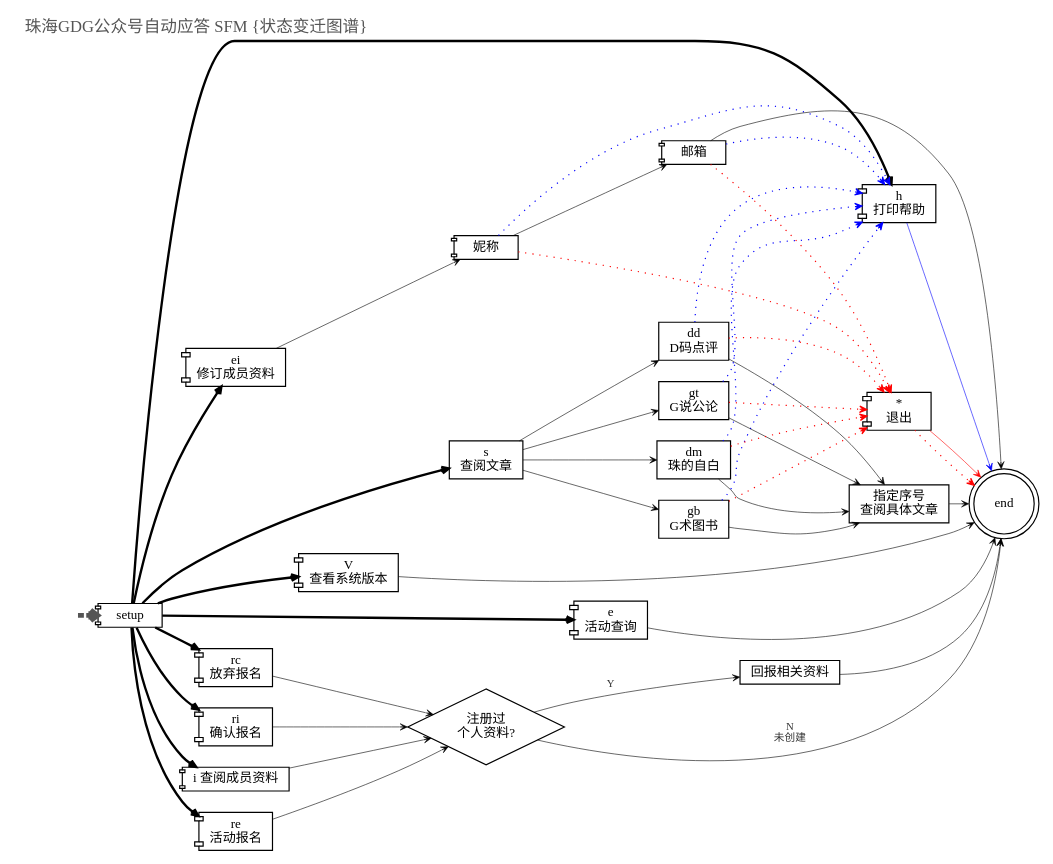
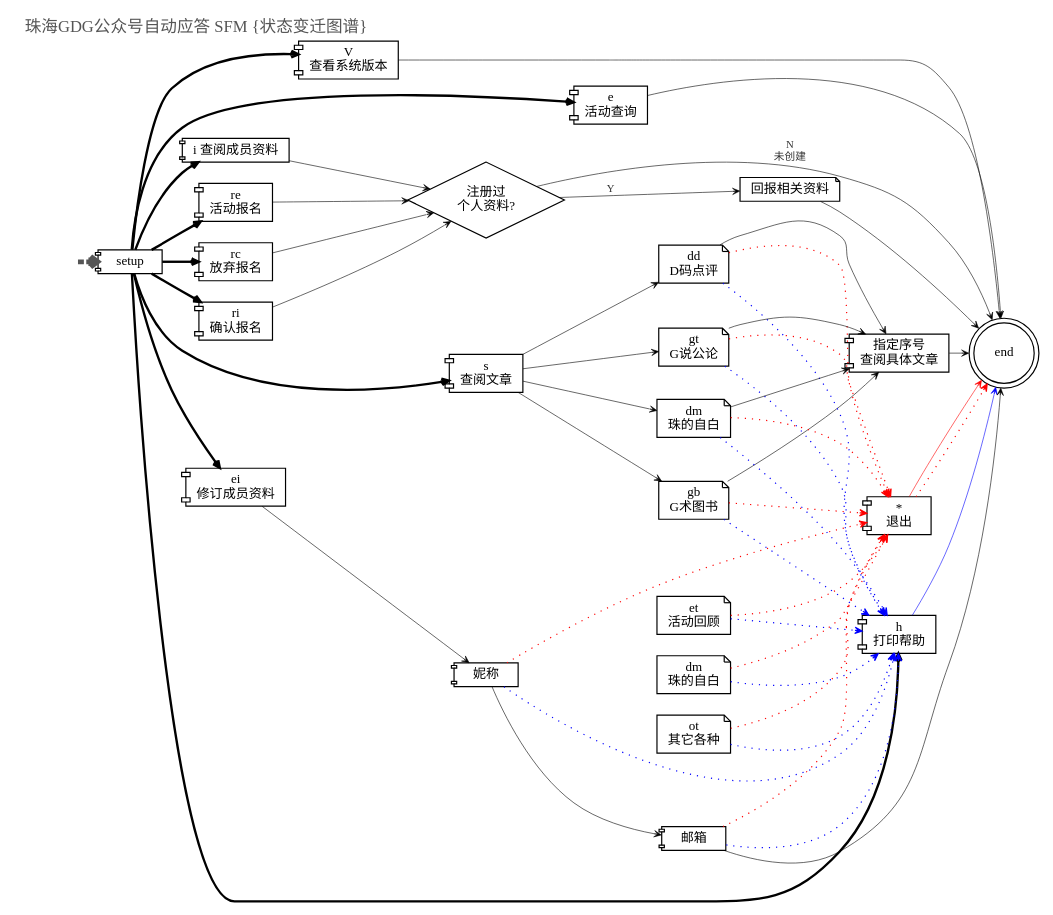
Before and after one commit to ZHGDG/techparty: the diagram in static/map/gdg_fsm_map.dot, drawn with Graphviz. The commit also changed 6 other files, not shown here.

```diff
--- a/static/map/gdg_fsm_map.dot
+++ b/static/map/gdg_fsm_map.dot
@@ -1,119 +1,122 @@
     /*生成命令:
 $ dot -Tpng gdg_fsm_map.dot -o gdg_fsm_map.png
  -Tcmapx -o lb-crx-roles.map
 全局设定::
     plaintext
     */
 
 digraph G4gdg_fsm_map {
     /*全局设定*/
     graph [label="珠海GDG公众号自动应答 SFM {状态变迁图谱}"
         ,fontsize=14.0
         ,fontname="WenQuanYi Micro Hei"
         ,fontcolor="#555555"
         ,labeljust="l",labelloc="t",center=1
         ,ranksep=0.2,center=1,ratio=compress
         ,rankdir=LR
         ];
 
     node[fontsize=11.0,height=0.2
         ,fontname="WenQuanYi Micro Hei"
         ,shape=component 
         ];
 
     edge [fontsize=9.0,fontcolor="#333333"
         ,fontname="WenQuanYi Micro Hei"
         ,arrowsize=0.6,arrowhead=vee,arrowtail=none
         ,style="setlinewidth(0.5)"
         ];
 /*
     src [label="源码",shape=ellipse,style="filled,dashed,setlinewidth(5)"
         ,color="#333333",fillcolor=dimgray
         ,URL="http://code.google.com/p/zoomquiet/source/browse/dot/obp/csdndr1-km.dot?repo=tangle"];
     /*图元声明
     start       [label="流程开始/结束",shape=point];
     end         [label="",shape=doublecircle,fillcolor=red];
 
     box         [label="实体/对象",shape=box];
     ellipse     [label="行动/节点",shape=ellipse];
     egg         [label="用户/人物",shape=egg];
     plaintext   [label="状态/属性",shape=plaintext,fillcolor=whitesmoke];
     diamond     [label="判别",shape=diamond];
     note        [label="注释",shape=note];
     tab         [label="目录/模块",shape=tab];
     db          [label="数据库",shape=box3d];
     component   [label="主机/组件",shape=component];
   ,style="rounded,dotted"];
     CONFIRM_REG [label="ce 确认参加活动",shape=component];
 */
 
     start       [label="",shape=plaintext];
     setup       [label="setup",shape=component];
     end         [label="end",shape=doublecircle];
 
     HELP [label="h\n打印帮助",shape=component];
     VERSION [label="V\n查看系统版本",shape=component];
 
     CANCEL [label="*\n退出",shape=component];
 
     EVENT [label="e\n活动查询",shape=component];
     REG_EVEN [label="re\n活动报名",shape=component];
     REG_CANCEL [label="rc\n放弃报名",shape=component];
 
-    ECHO_INFO [label="回报相关资料",shape=box];
+    ECHO_INFO [label="回报相关资料",shape=note];
 
     INFO_REG [label="ri\n确认报名",shape=component];
 
     ME [label="i 查阅成员资料",shape=component];
         isINFO [label="注册过\n个人资料?",shape=diamond];
     ME_INFO [label="ei\n修订成员资料",shape=component];
         ME_ALIAS [label="妮称",shape=component];
         ME_EM [label="邮箱",shape=component];
 
-    SEEK [label="s\n查阅文章",shape=box];
-        GB [label="gb\nG术图书",shape=box];
-        DD [label="dd\nD码点评",shape=box];
-        GT [label="gt\nG说公论",shape=box];
-        DM [label="dm\n珠的自白",shape=box];
-            NO [label="指定序号\n查阅具体文章",shape=box];
+    SEEK [label="s\n查阅文章",shape=component];
+        GB [label="gb\nG术图书",shape=note];
+        DD [label="dd\nD码点评",shape=note];
+        GT [label="gt\nG说公论",shape=note];
+        DM [label="dm\n珠的自白",shape=note];
+        HD [label="dm\n珠的自白",shape=note];
+        ET [label="et\n活动回顾",shape=note];
+        OT [label="ot\n其它各种",shape=note];
+            NO [label="指定序号\n查阅具体文章",shape=component];
 
 
     /*图例关系
     srvPUB->installer [label="2.0",style="dotted"];
             ME_EM->ME_CONFIRM;
     */
     start->setup [color="#555555",style="dashed,setlinewidth(4)"];
     
     setup->{EVENT REG_EVEN ME ME_INFO INFO_REG REG_CANCEL SEEK HELP VERSION} [style="setlinewidth(2)"];
         {INFO_REG REG_EVEN ME REG_CANCEL}->isINFO;
             isINFO->end [label="N\n未创建"];
             isINFO->ECHO_INFO [label="Y"];
         ME_INFO->ME_ALIAS->ME_EM;
         SEEK->{GB DD GT DM}->NO;
     {EVENT ME_EM NO ECHO_INFO VERSION}->end;
 
-    {ME_ALIAS ME_EM GB DD GT DM }->CANCEL->end [color=red,style="dotted"];
+    {ME_ALIAS ME_EM GB DD GT DM HD ET OT}->CANCEL->end [color=red,style="dotted"];
         CANCEL->end [color=red];
-    {ME_ALIAS ME_EM GB DD GT DM }->HELP [color=blue,style="dotted"];
+    {ME_ALIAS ME_EM GB DD GT DM HD ET OT}->HELP [color=blue,style="dotted"];
         HELP->end [color=blue];
 
 
 
 
 /*
     { rank=same; PUB    srvA srvB srvN; }
     { rank=same; DL     installer; }
     { rank=same; CHK    chker; }
     { rank=same; DONE   bkStore; }
 
     PUB[label="发布阶段",shape=plaintext];
     DL[label="下载阶段",shape=plaintext];
     CHK[label="检查阶段",shape=plaintext];
     DONE[label="完成阶段",shape=plaintext];
         PUB->DL->CHK->DONE;
 
         srvPUB->srvAC;
         srvA->srvB->srvN;
 */
     edge [style=invis];
 }
```
